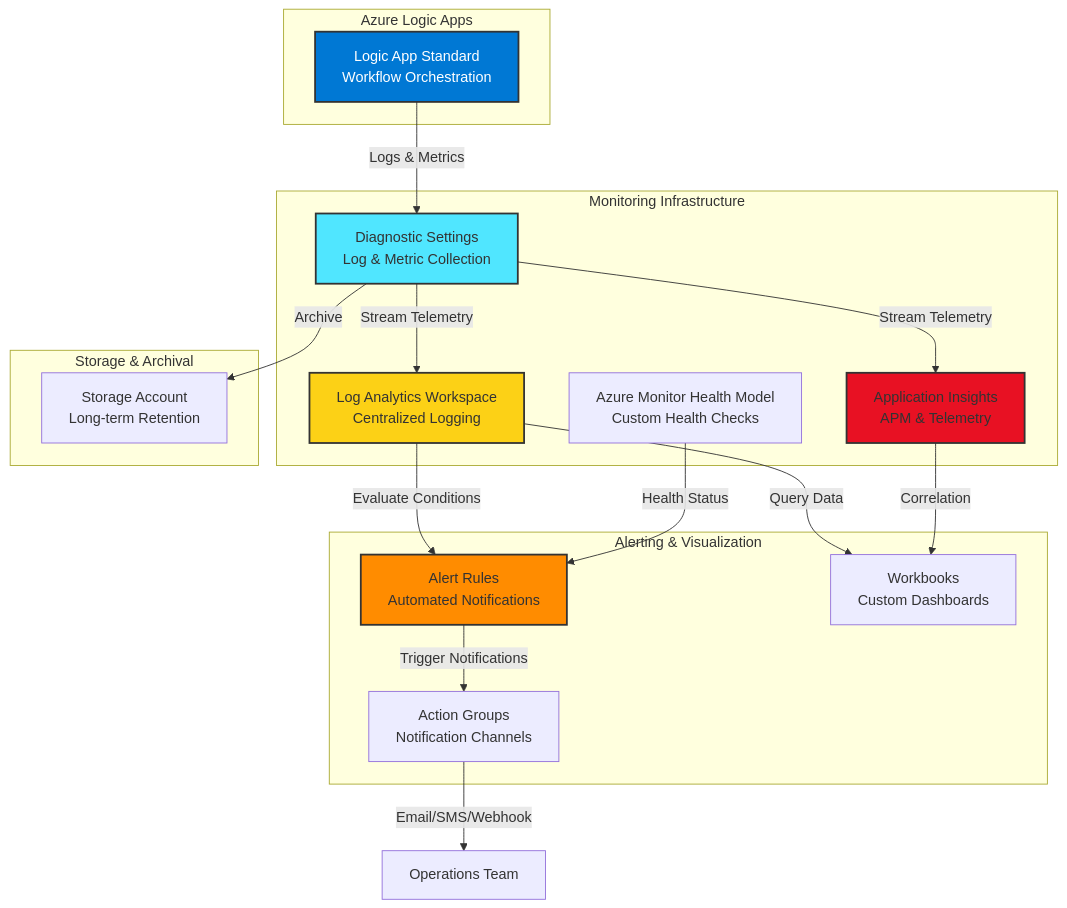
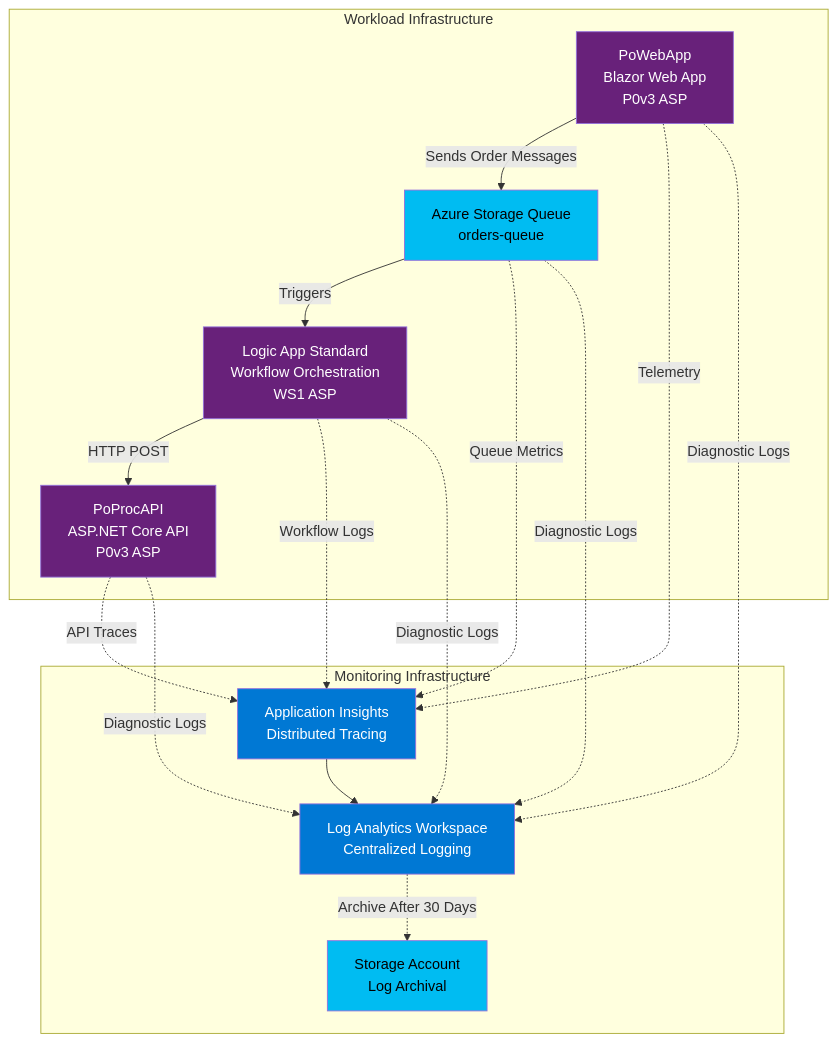
One commit to Evilazaro/Azure-LogicApps-Monitoring changed the first of 2 diagrams in README.md. Above: the diagram before and after it, drawn with Mermaid. The commit also changed other lines of this file, not shown here.

````diff
--- a/README.md
+++ b/README.md
@@ -115,40 +158,40 @@
 ```mermaid
 graph TB
-    subgraph "Azure Logic Apps"
-        LA[Logic App Standard<br/>Workflow Orchestration]
+    subgraph "Monitoring Infrastructure"
+        LAW[Log Analytics Workspace<br/>Centralized Logging]
+        AI[Application Insights<br/>Distributed Tracing]
+        SA[Storage Account<br/>Log Archival]
     end
-    
-    subgraph "Monitoring Infrastructure"
-        DS[Diagnostic Settings<br/>Log & Metric Collection]
-        LAW[Log Analytics Workspace<br/>Centralized Logging]
-        AI[Application Insights<br/>APM & Telemetry]
-        AH[Azure Monitor Health Model<br/>Custom Health Checks]
+
+    subgraph "Workload Infrastructure"
+        WEB[PoWebApp<br/>Blazor Web App<br/>P0v3 ASP]
+        QUEUE[Azure Storage Queue<br/>orders-queue]
+        LA[Logic App Standard<br/>Workflow Orchestration<br/>WS1 ASP]
+        API[PoProcAPI<br/>ASP.NET Core API<br/>P0v3 ASP]
     end
-    
-    subgraph "Alerting & Visualization"
-        AR[Alert Rules<br/>Automated Notifications]
-        WB[Workbooks<br/>Custom Dashboards]
-        AG[Action Groups<br/>Notification Channels]
-    end
-    
-    subgraph "Storage & Archival"
-        SA[Storage Account<br/>Long-term Retention]
-    end
-    
-    LA -->|Logs & Metrics| DS
-    DS -->|Stream Telemetry| LAW
-    DS -->|Stream Telemetry| AI
-    DS -->|Archive| SA
-    LAW -->|Query Data| WB
-    AI -->|Correlation| WB
-    LAW -->|Evaluate Conditions| AR
-    AH -->|Health Status| AR
-    AR -->|Trigger Notifications| AG
-    AG -->|Email/SMS/Webhook| USERS[Operations Team]
-    
-    style LA fill:#0078D4,stroke:#333,stroke-width:2px,color:#fff
-    style DS fill:#50E6FF,stroke:#333,stroke-width:2px
-    style LAW fill:#FCD116,stroke:#333,stroke-width:2px
-    style AI fill:#E81123,stroke:#333,stroke-width:2px
-    style AR fill:#FF8C00,stroke:#333,stroke-width:2px
+
+    WEB -->|Sends Order Messages| QUEUE
+    QUEUE -->|Triggers| LA
+    LA -->|HTTP POST| API
+
+    WEB -.->|Telemetry| AI
+    LA -.->|Workflow Logs| AI
+    API -.->|API Traces| AI
+    QUEUE -.->|Queue Metrics| AI
+
+    AI --> LAW
+    WEB -.->|Diagnostic Logs| LAW
+    LA -.->|Diagnostic Logs| LAW
+    API -.->|Diagnostic Logs| LAW
+    QUEUE -.->|Diagnostic Logs| LAW
+
+    LAW -.->|Archive After 30 Days| SA
+
+    style LAW fill:#0078D4,color:#fff
+    style AI fill:#0078D4,color:#fff
+    style SA fill:#00BCF2,color:#000
+    style WEB fill:#68217A,color:#fff
+    style LA fill:#68217A,color:#fff
+    style API fill:#68217A,color:#fff
+    style QUEUE fill:#00BCF2,color:#000
 ```
````
